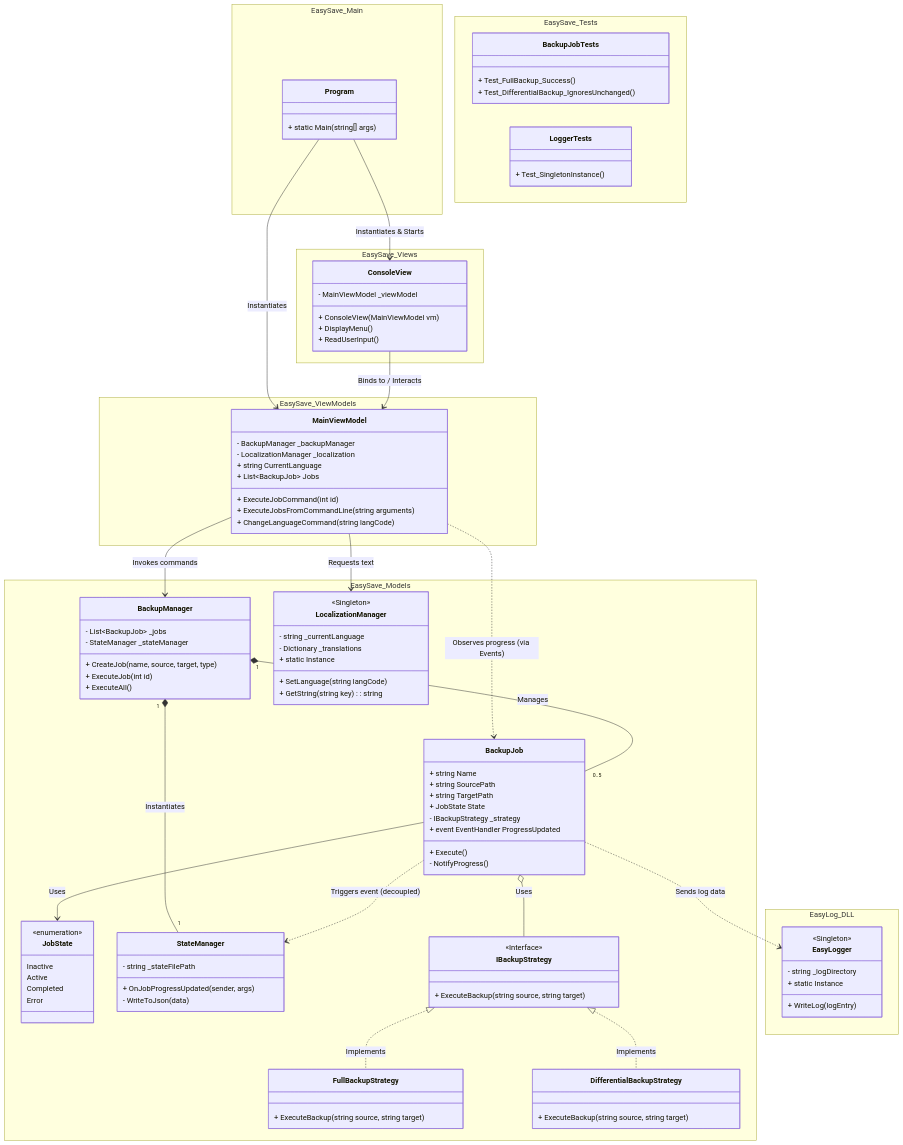
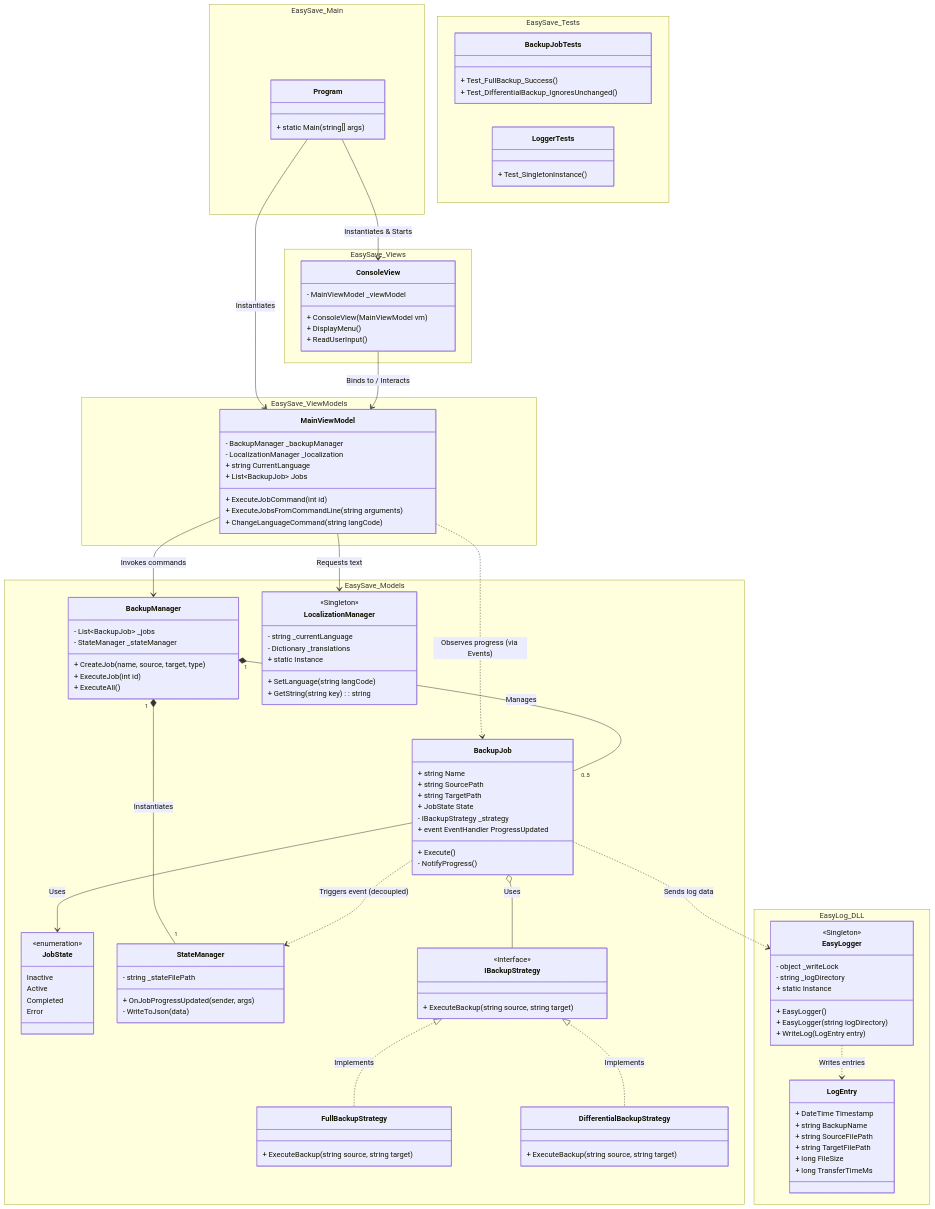
One commit to Amelie-gcode/EasySaveProject changed the diagram in EasySave/ClassDiagram.md. Above: the diagram before and after it, drawn with Mermaid.

Commit message:
Add LogEntry class to ClassDiagram.md

````diff
--- a/EasySave/ClassDiagram.md
+++ b/EasySave/ClassDiagram.md
@@ -1,4 +1,5 @@
 ```mermaid
+
 classDiagram
     %% --- MAIN ENTRY POINT ---
     namespace EasySave_Main {
@@ -90,11 +91,23 @@
 
     %% --- REQUIRED DLL ---
     namespace EasyLog_DLL {
+        class LogEntry {
+            + DateTime Timestamp
+            + string BackupName
+            + string SourceFilePath
+            + string TargetFilePath
+            + long FileSize
+            + long TransferTimeMs
+        }
+
         class EasyLogger {
             <<Singleton>>
+            - object _writeLock
             - string _logDirectory
+            + EasyLogger()
+            + EasyLogger(string logDirectory)
             + static Instance
-            + WriteLog(logEntry)
+            + WriteLog(LogEntry entry)
         }
     }
 
@@ -136,4 +149,5 @@
     
     %% Logging (Singleton)
     BackupJob ..> EasyLogger : Sends log data
+    EasyLogger ..> LogEntry : Writes entries
 ```
````
